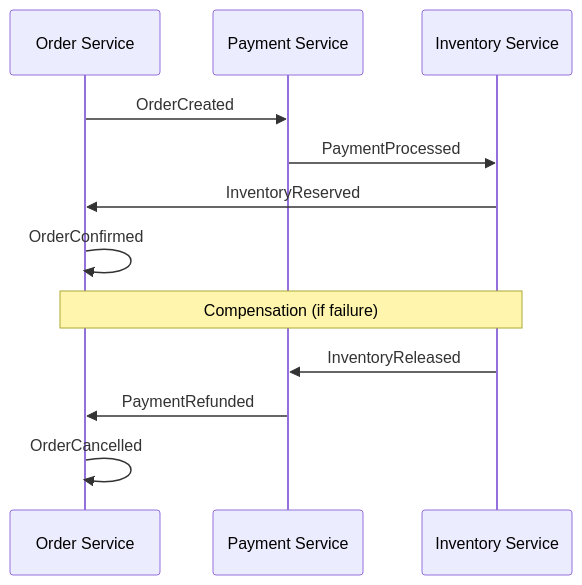
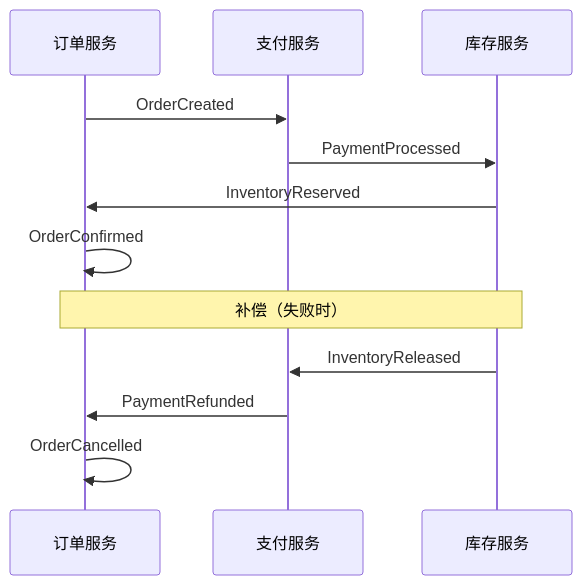
The second of 3 diagrams in references/architecture/architecture-anti-patterns.md (Kirky-X/diting), drawn with Mermaid before and after one commit. The commit also changed other lines of this file and 74 other files, not shown here.

````diff
--- a/references/architecture/architecture-anti-patterns.md
+++ b/references/architecture/architecture-anti-patterns.md
@@ -123,14 +123,14 @@
 ```mermaid
 sequenceDiagram
-    participant OS as Order Service
-    participant PS as Payment Service
-    participant IS as Inventory Service
+    participant OS as 订单服务
+    participant PS as 支付服务
+    participant IS as 库存服务
     OS->>PS: OrderCreated
     PS->>IS: PaymentProcessed
     IS->>OS: InventoryReserved
     OS->>OS: OrderConfirmed
-    Note over OS,IS: Compensation (if failure)
+    Note over OS,IS: 补偿（失败时）
     IS->>PS: InventoryReleased
     PS->>OS: PaymentRefunded
     OS->>OS: OrderCancelled
 ```
````
